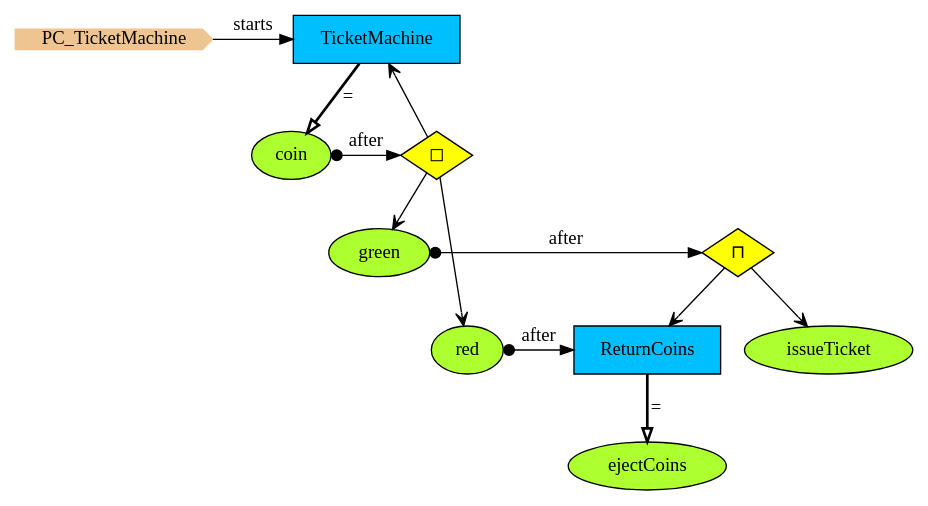
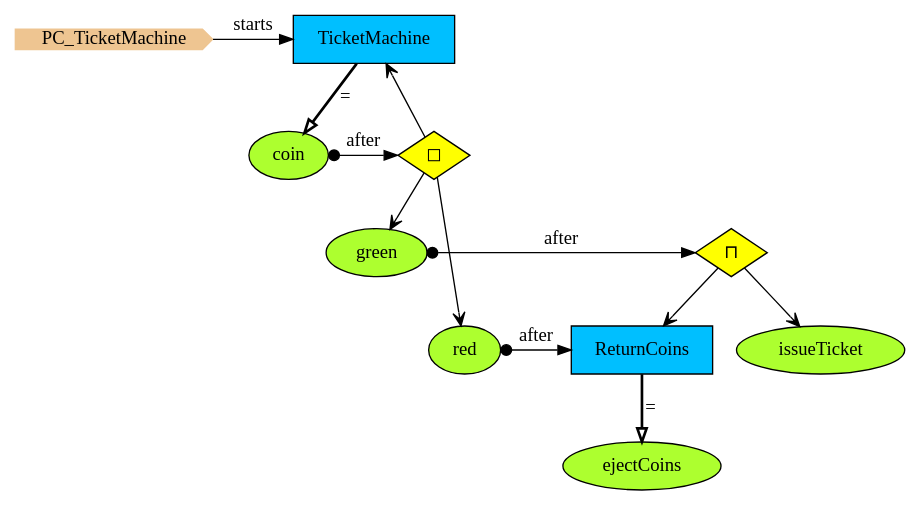
The diagram in Haskell/PCs/Examples/img/PC_TicketMachine.gv (namalio/Fragmenta), drawn with Graphviz before and after one commit. The commit also changed 100 other files, not shown here.

```diff
--- a/Haskell/PCs/Examples/img/PC_TicketMachine.gv
+++ b/Haskell/PCs/Examples/img/PC_TicketMachine.gv
@@ -1,30 +1,31 @@
 digraph {
 
 StartN_ [shape = cds,color=burlywood2,style=filled,height=.2,width=.2, label =PC_TicketMachine];
+
 coin [shape=ellipse,fillcolor=greenyellow,style=filled,label="coin"];
 OpAfterCoin [shape=diamond,fillcolor=yellow,style=filled,label="◻︎"];
 green [shape=ellipse,fillcolor=greenyellow,style=filled,label="green"];
-ReturnCoins [shape=box,fillcolor=deepskyblue,style = filled,label="ReturnCoins "];
+ReturnCoins [shape=box,fillcolor=deepskyblue,style = filled,label="ReturnCoins"];
 issueTicket [shape=ellipse,fillcolor=greenyellow,style=filled,label="issueTicket"];
 OpAfterGreen [shape=diamond,fillcolor=yellow,style=filled,label="⊓"];
 ejectCoins [shape=ellipse,fillcolor=greenyellow,style=filled,label="ejectCoins"];
 red [shape=ellipse,fillcolor=greenyellow,style=filled,label="red"];
-TicketMachine [shape=box,fillcolor=deepskyblue,style = filled,label="TicketMachine "];
+TicketMachine [shape=box,fillcolor=deepskyblue,style = filled,label="TicketMachine"];
 
 {rank=same;OpAfterGreen,green}
 {rank=same;OpAfterCoin,coin}
 {rank=same;ReturnCoins,red}
 {rank=same;TicketMachine,StartN_}
 
 OpAfterGreen->issueTicket[arrowhead="open"];
 green->OpAfterGreen[arrowtail=dot,dir=both,label="after"];
 OpAfterCoin->green[arrowhead="open"];
 OpAfterCoin->TicketMachine[arrowhead="open"];
 coin->OpAfterCoin[arrowtail=dot,dir=both,label="after"];
 OpAfterCoin->red[arrowhead="open"];
 red->ReturnCoins[arrowtail=dot,dir=both,label="after"];
 OpAfterGreen->ReturnCoins[arrowhead="open"];
 ReturnCoins->ejectCoins[arrowhead="onormal",penwidth=2,label="="];
 TicketMachine->coin[arrowhead="onormal",penwidth=2,label="="];
 StartN_->TicketMachine[label="starts"];
 }
```
